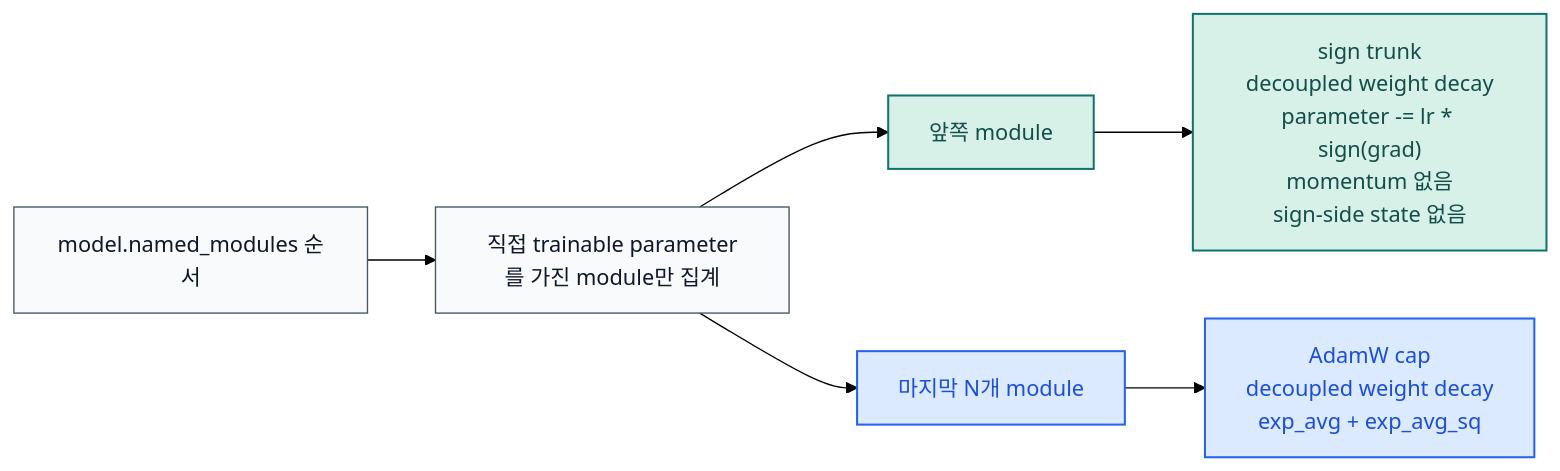
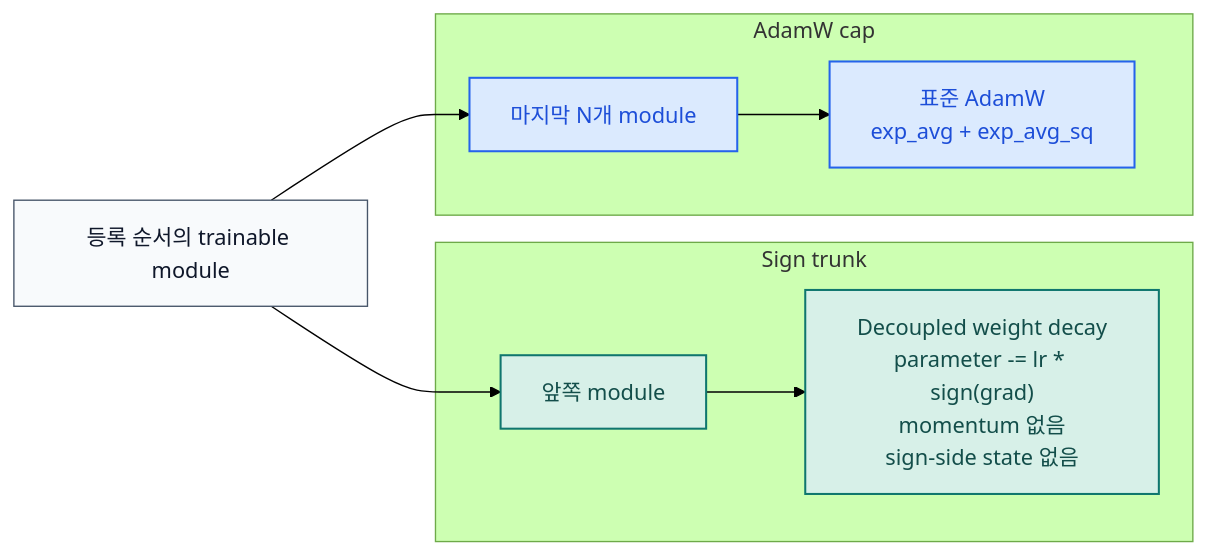
The diagram in docs/ko/optimizer.md (smturtle2/stac-optimizer), drawn with Mermaid (forest theme) before and after one commit. The commit also changed other lines of this file and 10 other files, not shown here.

````diff
--- a/docs/ko/optimizer.md
+++ b/docs/ko/optimizer.md
@@ -12,17 +12,27 @@
 ```mermaid
 flowchart LR
-    A["model.named_modules 순서"]
-    A --> B["직접 trainable parameter를 가진 module만 집계"]
-    B --> C["앞쪽 module"]
-    B --> D["마지막 N개 module"]
-    C --> E["sign trunk<br/>decoupled weight decay<br/>parameter -= lr * sign(grad)<br/>momentum 없음<br/>sign-side state 없음"]
-    D --> F["AdamW cap<br/>decoupled weight decay<br/>exp_avg + exp_avg_sq"]
+    A["등록 순서의 trainable module"]
+
+    subgraph S["Sign trunk"]
+        B["앞쪽 module"]
+        C["Decoupled weight decay<br/>parameter -= lr * sign(grad)<br/>momentum 없음<br/>sign-side state 없음"]
+    end
+
+    subgraph T["AdamW cap"]
+        D["마지막 N개 module"]
+        E["표준 AdamW<br/>exp_avg + exp_avg_sq"]
+    end
+
+    A --> B
+    A --> D
+    B --> C
+    D --> E
 
     classDef neutral fill:#f8fafc,stroke:#475569,color:#0f172a,stroke-width:1px;
     classDef sign fill:#d7f0e8,stroke:#0f766e,color:#134e4a,stroke-width:1.5px;
     classDef adam fill:#dbeafe,stroke:#2563eb,color:#1d4ed8,stroke-width:1.5px;
 
-    class A,B neutral;
-    class C,E sign;
-    class D,F adam;
+    class A neutral;
+    class B,C sign;
+    class D,E adam;
 ```
````
